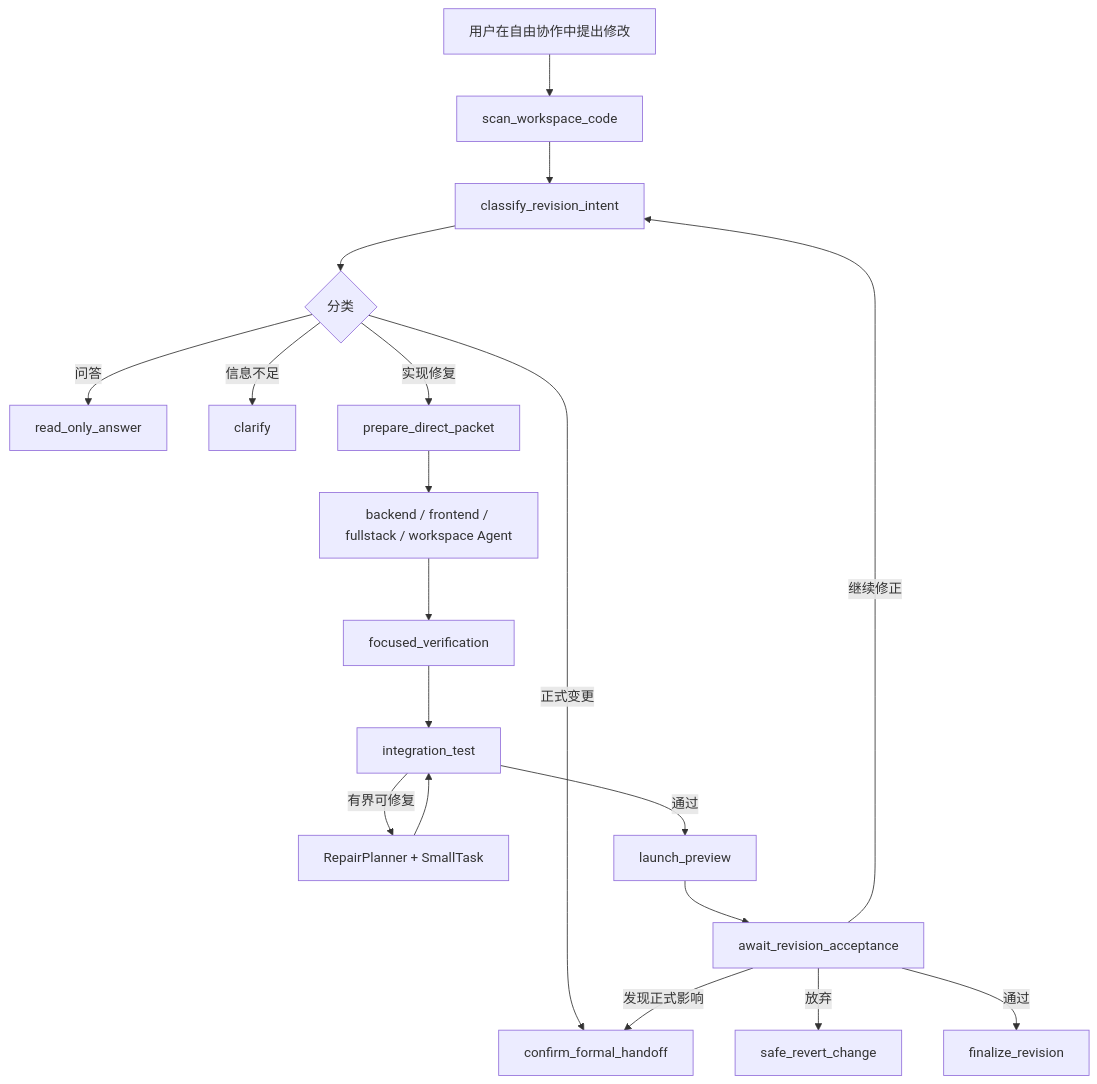
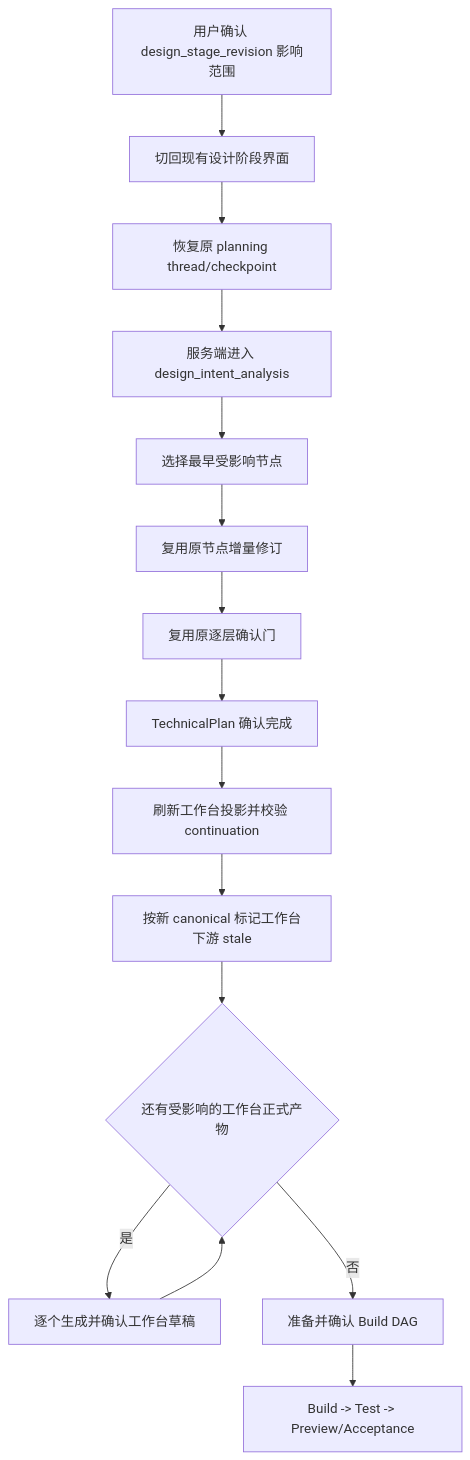
One commit to YYYWYF/XCodeAgent changed the third of 3 diagrams in docs/APPLICATION_REVISION_WORKFLOW.md. Above: the diagram before and after it, drawn with Mermaid. The commit also changed other lines of this file and 91 other files, not shown here.

````diff
--- a/docs/APPLICATION_REVISION_WORKFLOW.md
+++ b/docs/APPLICATION_REVISION_WORKFLOW.md
@@ -366,21 +365,17 @@
 ```mermaid
 flowchart TD
-    A["用户在自由协作中提出修改"] --> B["scan_workspace_code"]
-    B --> C["classify_revision_intent"]
-    C --> D{"分类"}
-    D -- 问答 --> E["read_only_answer"]
-    D -- 信息不足 --> F["clarify"]
-    D -- 正式变更 --> G["confirm_formal_handoff"]
-    D -- 实现修复 --> H["prepare_direct_packet"]
-    H --> I["backend / frontend / fullstack / workspace Agent"]
-    I --> J["focused_verification"]
-    J --> K["integration_test"]
-    K -- 有界可修复 --> L["RepairPlanner + SmallTask"]
+    A["用户确认 design_stage_revision 影响范围"] --> B["切回现有设计阶段界面"]
+    B --> C["恢复原 planning thread/checkpoint"]
+    C --> D["服务端进入 design_intent_analysis"]
+    D --> E["选择最早受影响节点"]
+    E --> F["复用原节点增量修订"]
+    F --> G["复用原逐层确认门"]
+    G --> H["TechnicalPlan 确认完成"]
+    H --> I["刷新工作台投影并校验 continuation"]
+    I --> J["按新 canonical 标记工作台下游 stale"]
+    J --> K{"还有受影响的工作台正式产物"}
+    K -- 是 --> L["逐个生成并确认工作台草稿"]
     L --> K
-    K -- 通过 --> M["launch_preview"]
-    M --> N["await_revision_acceptance"]
-    N -- 继续修正 --> C
-    N -- 发现正式影响 --> G
-    N -- 放弃 --> O["safe_revert_change"]
-    N -- 通过 --> P["finalize_revision"]
+    K -- 否 --> M["准备并确认 Build DAG"]
+    M --> N["Build -> Test -> Preview/Acceptance"]
 ```
````
